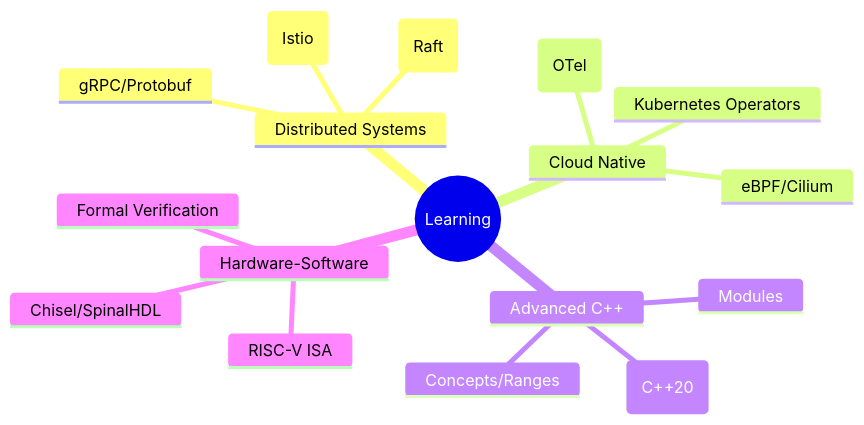
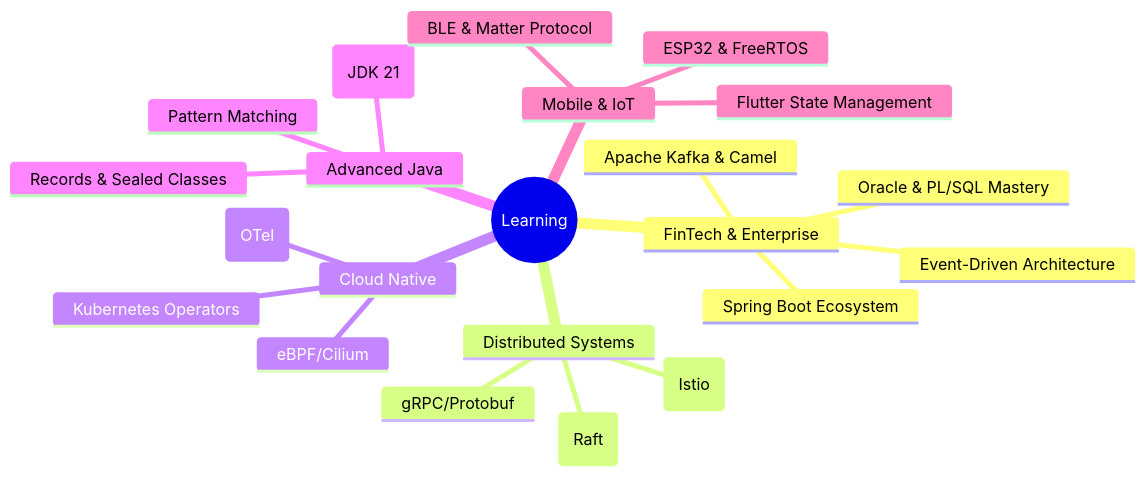
The diagram in README.md (chandannitr/chandannitr), drawn with Mermaid before and after one commit. The commit also changed other lines of this file, not shown here.

````diff
--- a/README.md
+++ b/README.md
@@ -132,20 +208,25 @@
 ```mermaid
 mindmap
   root((Learning))
+    FinTech & Enterprise
+      Spring Boot Ecosystem
+      Apache Kafka & Camel
+      Event-Driven Architecture
+      Oracle & PL/SQL Mastery
     Distributed Systems
       gRPC/Protobuf
       Consensus (Raft)
       Service Mesh (Istio)
     Cloud Native
       Kubernetes Operators
       eBPF/Cilium
       Observability (OTel)
-    Advanced C++
-      Coroutines (C++20)
-      Modules
-      Concepts/Ranges
-    Hardware-Software
-      RISC-V ISA
-      Chisel/SpinalHDL
-      Formal Verification
+    Advanced Java
+      Virtual Threads (JDK 21)
+      Pattern Matching
+      Records & Sealed Classes
+    Mobile & IoT
+      Flutter State Management
+      ESP32 & FreeRTOS
+      BLE & Matter Protocol
 ```
````
